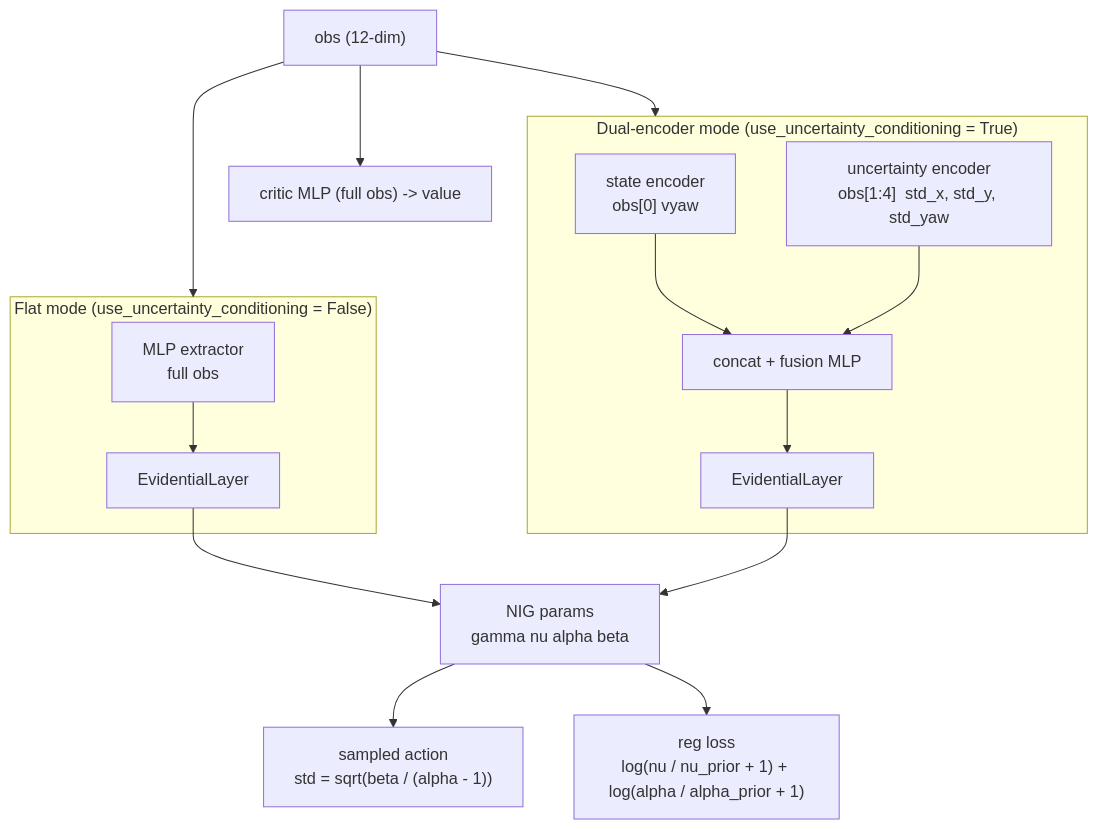
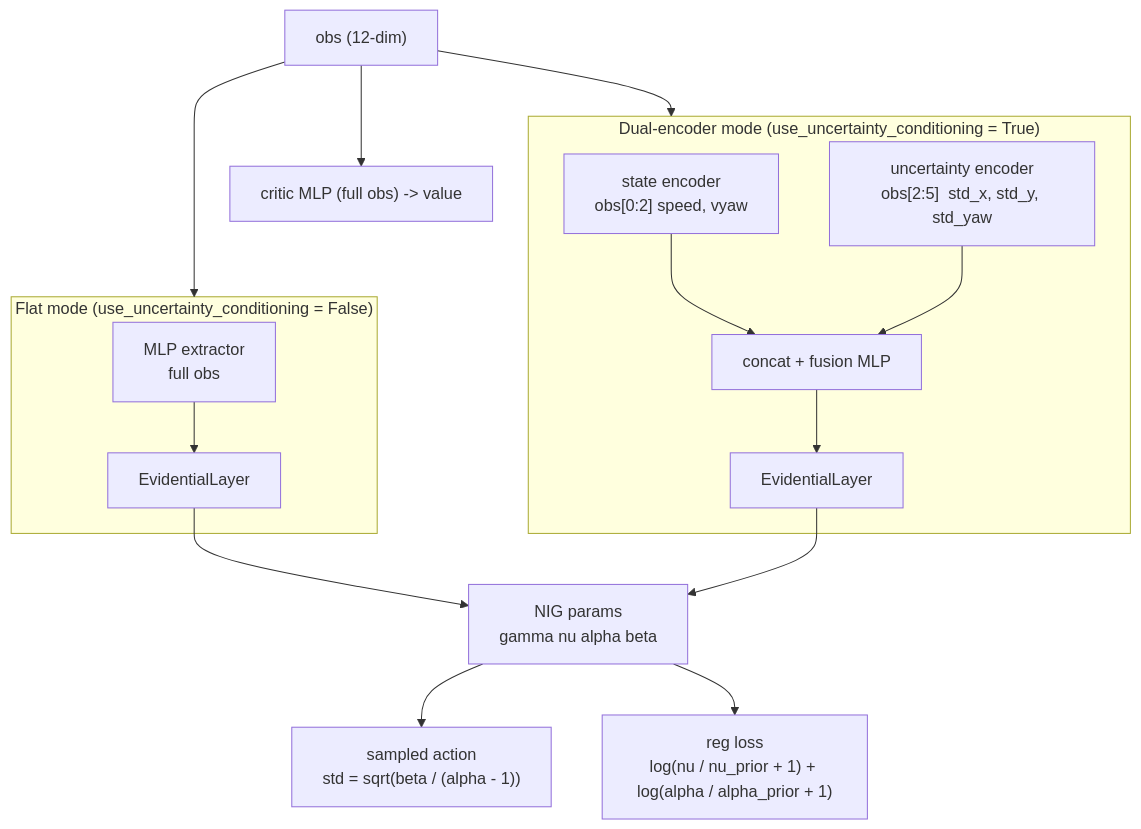
Before and after one commit to Expo39/Uncertainty-Conditioned-RL-with-Evidential-Policy-Networks-for-Autonomous-Systems: the diagram in uncertainty_rl/networks/README.md, drawn with Mermaid. The commit also changed other lines of this file and 22 other files, not shown here.

````diff
--- a/uncertainty_rl/networks/README.md
+++ b/uncertainty_rl/networks/README.md
@@ -25,22 +25,22 @@
 ```mermaid
 flowchart TB
     OBS["obs  (12-dim)"]
 
     subgraph flat["Flat mode  (use_uncertainty_conditioning = False)"]
         F1["MLP extractor\nfull obs"] --> EL1["EvidentialLayer"]
     end
 
     subgraph dual["Dual-encoder mode  (use_uncertainty_conditioning = True)"]
-        SE["state encoder\nobs[0]  vyaw"] --> CAT["concat + fusion MLP"]
-        UE["uncertainty encoder\nobs[1:4]  std_x, std_y, std_yaw"] --> CAT
+        SE["state encoder\nobs[0:2]  speed, vyaw"] --> CAT["concat + fusion MLP"]
+        UE["uncertainty encoder\nobs[2:5]  std_x, std_y, std_yaw"] --> CAT
         CAT --> EL2["EvidentialLayer"]
     end
 
     OBS --> flat
     OBS --> dual
     EL1 --> NIG["NIG params\ngamma    nu    alpha    beta"]
     EL2 --> NIG
     NIG --> ACT["sampled action\nstd = sqrt(beta / (alpha - 1))"]
     NIG --> REG["reg loss\nlog(nu / nu_prior + 1) + log(alpha / alpha_prior + 1)"]
     OBS --> CRIT["critic MLP  (full obs)  ->  value"]
 ```
````
